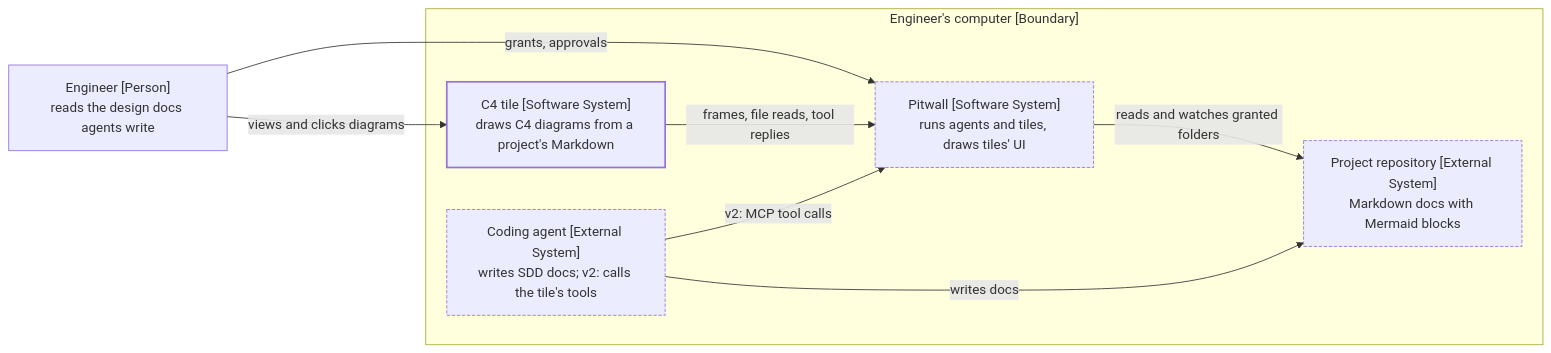
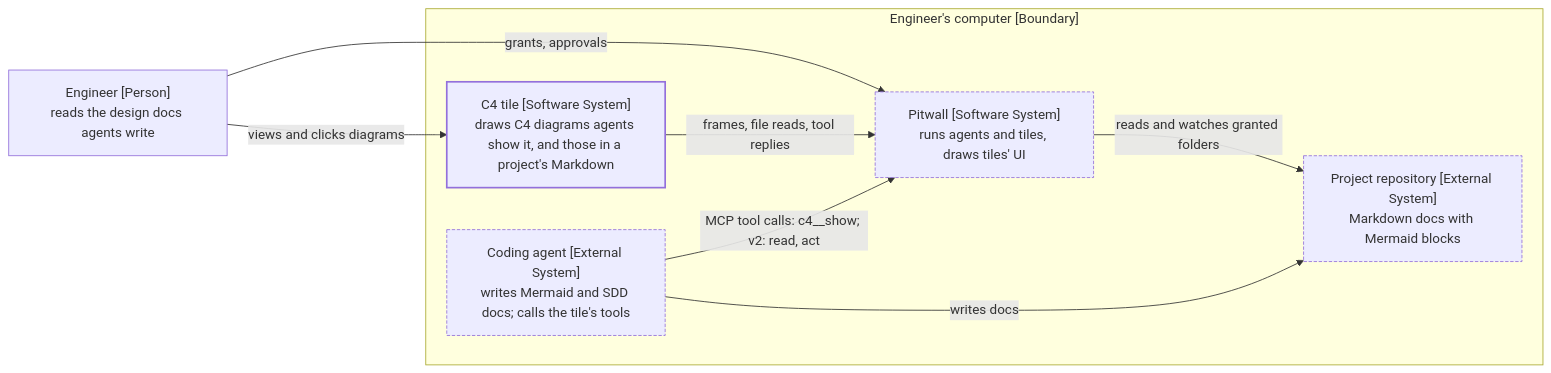
One commit to AleksandreJavakhishvili/pitwall changed the first of 6 diagrams in docs/spec/2026-11-27-c4-tile/hla.md. Above: the diagram before and after it, drawn with Mermaid. The commit also changed other lines of this file and 8 other files, not shown here.

Commit message:
docs: let agents show c4 diagrams and open any tile in phase 2

````diff
--- a/docs/spec/2026-11-27-c4-tile/hla.md
+++ b/docs/spec/2026-11-27-c4-tile/hla.md
@@ -22,20 +22,20 @@
 ```mermaid
 flowchart LR
   engineer["Engineer [Person]<br/>reads the design docs agents write"]
   subgraph computer["Engineer's computer [Boundary]"]
-    c4["C4 tile [Software System]<br/>draws C4 diagrams from a project's Markdown"]
+    c4["C4 tile [Software System]<br/>draws C4 diagrams agents show it, and those in a project's Markdown"]
     pitwall["Pitwall [Software System]<br/>runs agents and tiles, draws tiles' UI"]
-    agent["Coding agent [External System]<br/>writes SDD docs; v2: calls the tile's tools"]
+    agent["Coding agent [External System]<br/>writes Mermaid and SDD docs; calls the tile's tools"]
     repo["Project repository [External System]<br/>Markdown docs with Mermaid blocks"]
   end
   engineer -->|views and clicks diagrams| c4
   engineer -->|grants, approvals| pitwall
   c4 -->|frames, file reads, tool replies| pitwall
   pitwall -->|reads and watches granted folders| repo
   agent -->|writes docs| repo
-  agent -->|v2: MCP tool calls| pitwall
+  agent -->|MCP tool calls: c4__show; v2: read, act| pitwall
   classDef new stroke-width:2px
   classDef external stroke-dasharray: 4 2
   class c4 new
   class pitwall,agent,repo external
 ```
````
